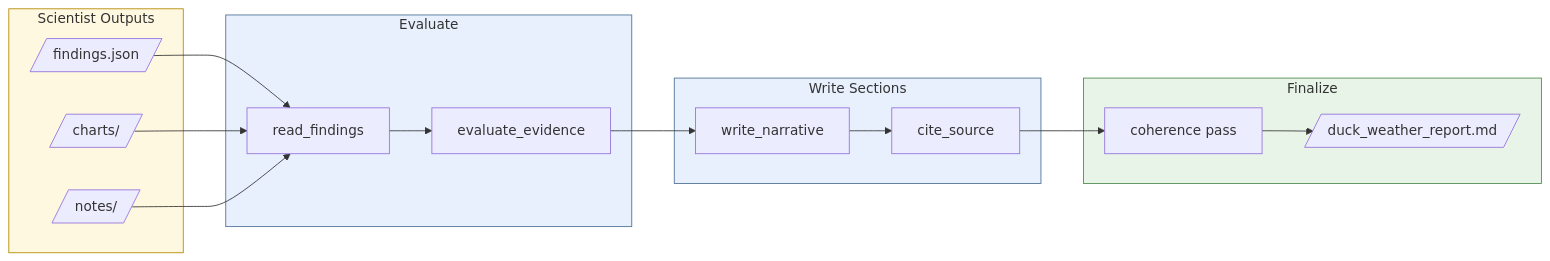
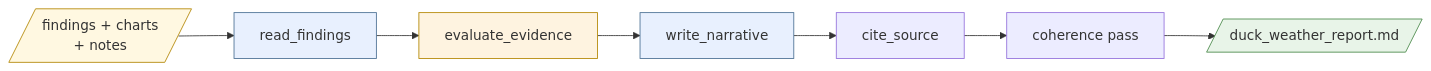
The third of 5 diagrams in docs/tutorial-silly-weather.md (jweinberg-a2a/versifai-data-agents), drawn with Mermaid before and after one commit. The commit also changed other lines of this file and 4 other files, not shown here.

Commit message:
diagrams fixed

````diff
--- a/docs/tutorial-silly-weather.md
+++ b/docs/tutorial-silly-weather.md
@@ -130,35 +83,15 @@
 ```mermaid
 flowchart LR
-    subgraph inputs["Scientist Outputs"]
-        FJ2[/"findings.json"/]
-        CH2[/"charts/"/]
-        NT2[/"notes/"/]
-    end
+    IN[/"findings + charts<br>+ notes"/] --> RF["read_findings"]
+    RF --> EE["evaluate_evidence"]
+    EE --> WN["write_narrative"]
+    WN --> CS["cite_source"]
+    CS --> COH["coherence pass"]
+    COH --> RPT[/"duck_weather_report.md"/]
 
-    subgraph evaluate["Evaluate"]
-        RF[read_findings]
-        EE[evaluate_evidence]
-        RF --> EE
-    end
-
-    subgraph write["Write Sections"]
-        WN[write_narrative]
-        CS[cite_source]
-        WN --> CS
-    end
-
-    subgraph assemble["Finalize"]
-        CP["coherence pass"]
-        RPT[/"duck_weather_report.md"/]
-        CP --> RPT
-    end
-
-    FJ2 & CH2 & NT2 --> RF
-    EE --> WN
-    CS --> CP
-
-    style inputs fill:#fff8e1,stroke:#b38600
-    style evaluate fill:#e8f0fe,stroke:#4a6f93
-    style write fill:#e8f0fe,stroke:#4a6f93
-    style assemble fill:#e8f4e8,stroke:#4a8a4a
+    style IN fill:#fff8e1,stroke:#b38600
+    style RF fill:#e8f0fe,stroke:#4a6f93
+    style EE fill:#fef3e0,stroke:#b38600
+    style WN fill:#e8f0fe,stroke:#4a6f93
+    style RPT fill:#e8f4e8,stroke:#4a8a4a
 ```
````
